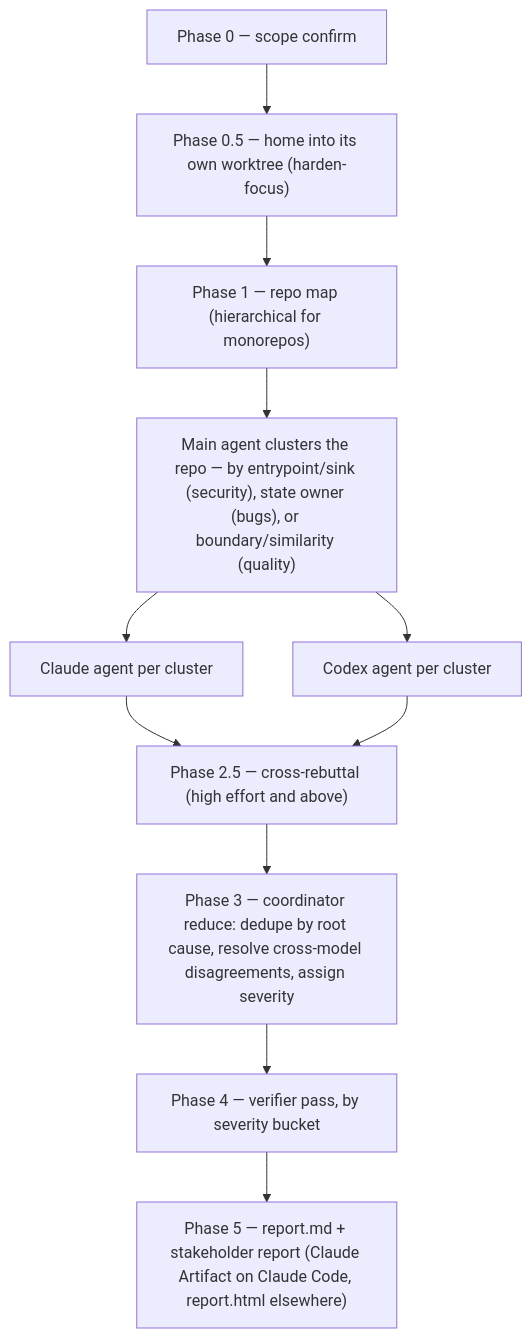
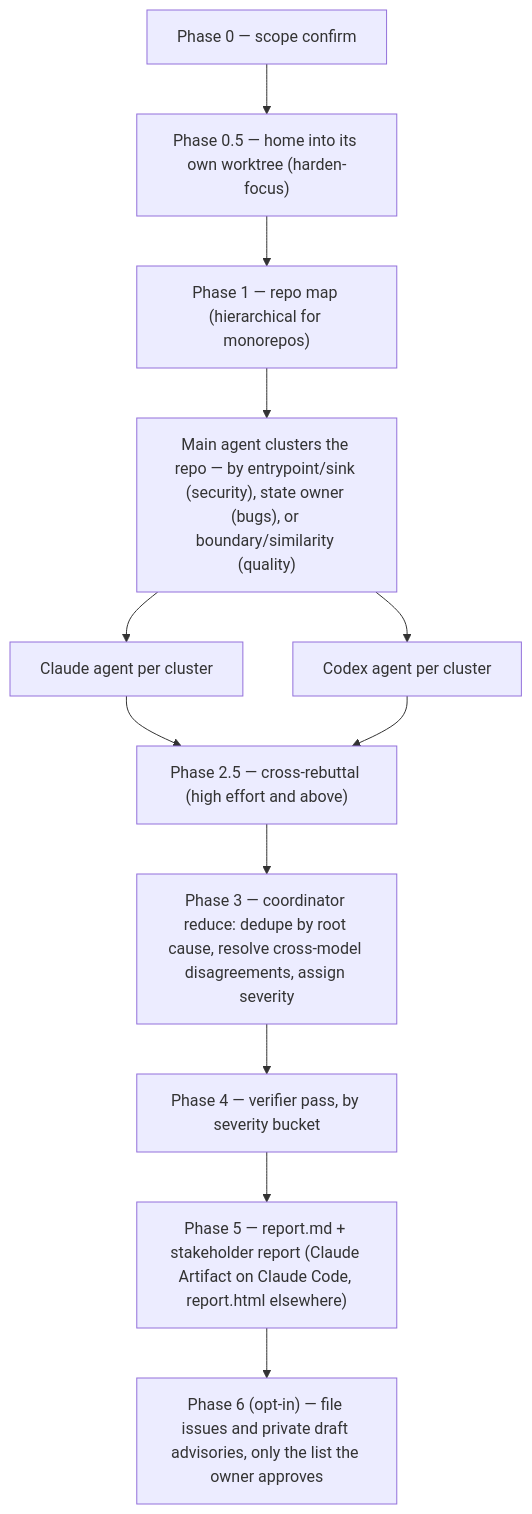
One commit to alejoamiras/aa-skills changed the diagram in skills/harden/README.md. Above: the diagram before and after it, drawn with Mermaid. The commit also changed other lines of this file and 3 other files, not shown here.

First line of the commit message:
feat(harden): opt-in filing to issues and private draft advisories; crew only on request (#10)

````diff
--- a/skills/harden/README.md
+++ b/skills/harden/README.md
@@ -17,13 +17,14 @@
 ```mermaid
 flowchart TD
     S0["Phase 0 — scope confirm"] --> H["Phase 0.5 — home into its own worktree (harden-focus)"]
     H --> S1["Phase 1 — repo map (hierarchical for monorepos)"]
     S1 --> CL["Main agent clusters the repo — by entrypoint/sink (security), state owner (bugs), or boundary/similarity (quality)"]
     CL --> A["Claude agent per cluster"]
     CL --> B["Codex agent per cluster"]
     A --> R["Phase 2.5 — cross-rebuttal (high effort and above)"]
     B --> R
     R --> S3["Phase 3 — coordinator reduce: dedupe by root cause, resolve cross-model disagreements, assign severity"]
     S3 --> S4["Phase 4 — verifier pass, by severity bucket"]
     S4 --> S5["Phase 5 — report.md + stakeholder report (Claude Artifact on Claude Code, report.html elsewhere)"]
+    S5 --> S6["Phase 6 (opt-in) — file issues and private draft advisories, only the list the owner approves"]
 ```
````
